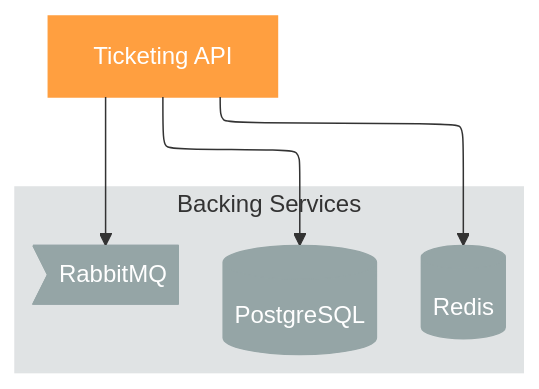
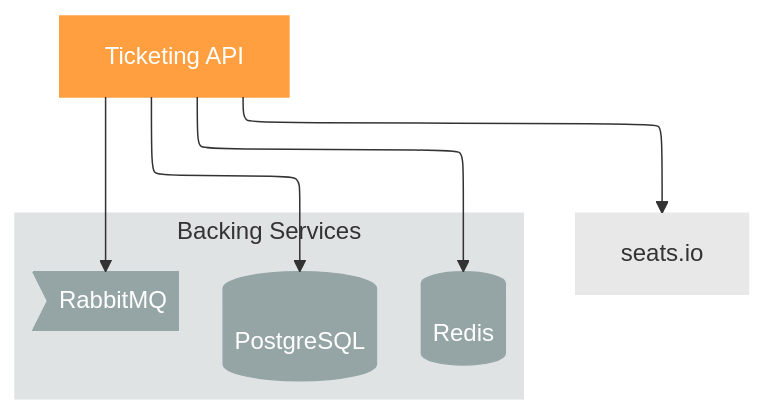
The diagram in diagrams/component-ticketing.mmd (disusered/docs-test), drawn with Mermaid before and after one commit. The commit also changed 9 other files, not shown here.

First line of the commit message:
feat(diagrams): Replace CI/CD with architecture diagrams

```diff
--- a/diagrams/component-ticketing.mmd
+++ b/diagrams/component-ticketing.mmd
@@ -1,23 +1,28 @@
 %%{init: {"flowchart": {"defaultRenderer": "elk"}} }%%
 graph TB
     api[Ticketing API]
 
     subgraph backing[Backing Services]
         postgres[(PostgreSQL)]
         redis[(Redis)]
         rabbitmq>RabbitMQ]
     end
 
+    seats_io[seats.io]
+
     api --> postgres
     api --> redis
     api --> rabbitmq
+    api --> seats_io
 
     %% Node styles
     classDef apiStyle fill:#FF9F40,stroke:#FF9F40,color:#fff
     classDef storageStyle fill:#95a5a6,stroke:#95a5a6,color:#fff
+    classDef externalStyle fill:#E8E8E8,stroke:#E8E8E8,color:#333
 
     class api apiStyle
     class postgres,redis,rabbitmq storageStyle
+    class seats_io externalStyle
 
     %% Subgraph styling
     style backing fill:#e0e3e4,stroke:#e0e3e4
```
